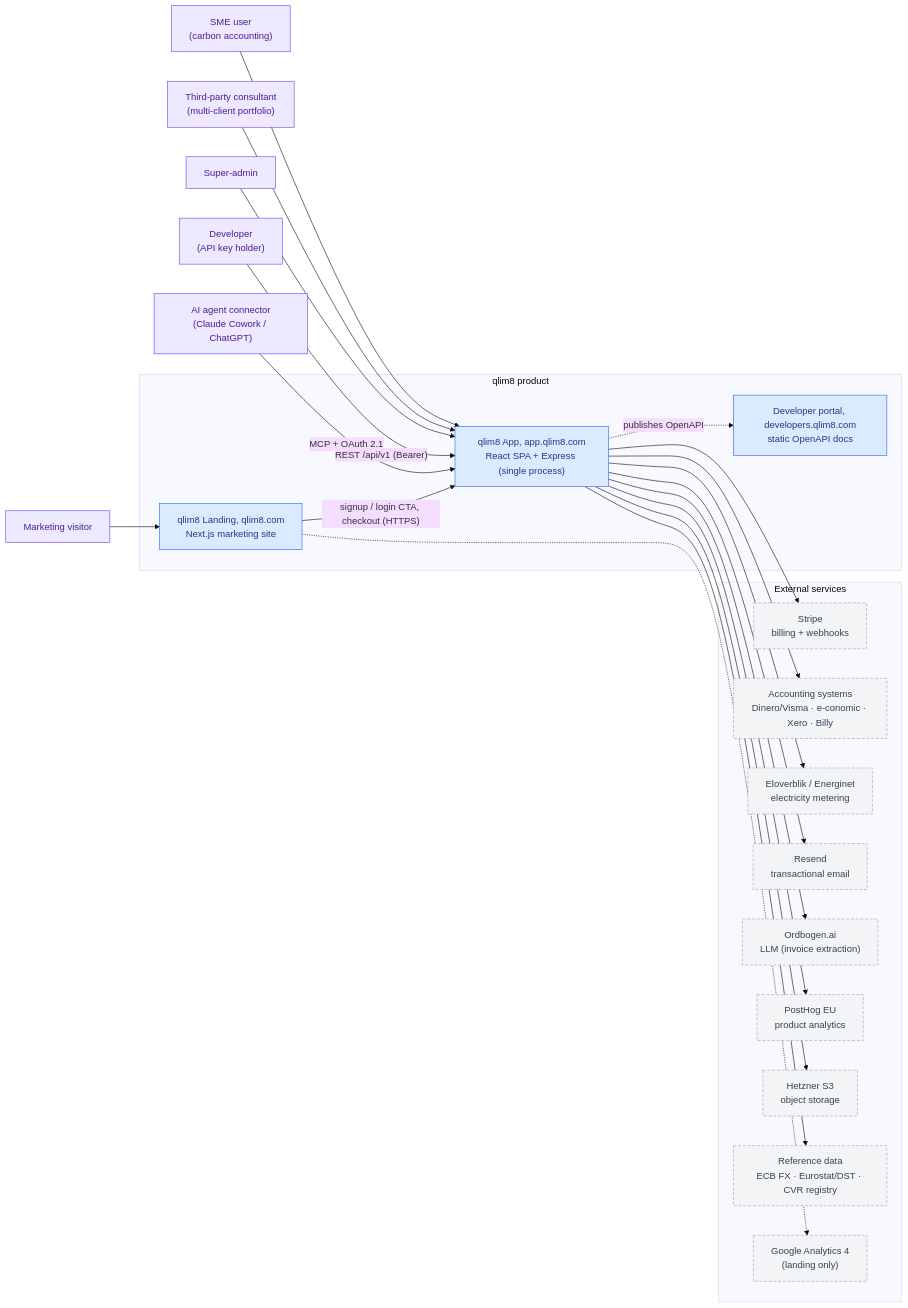
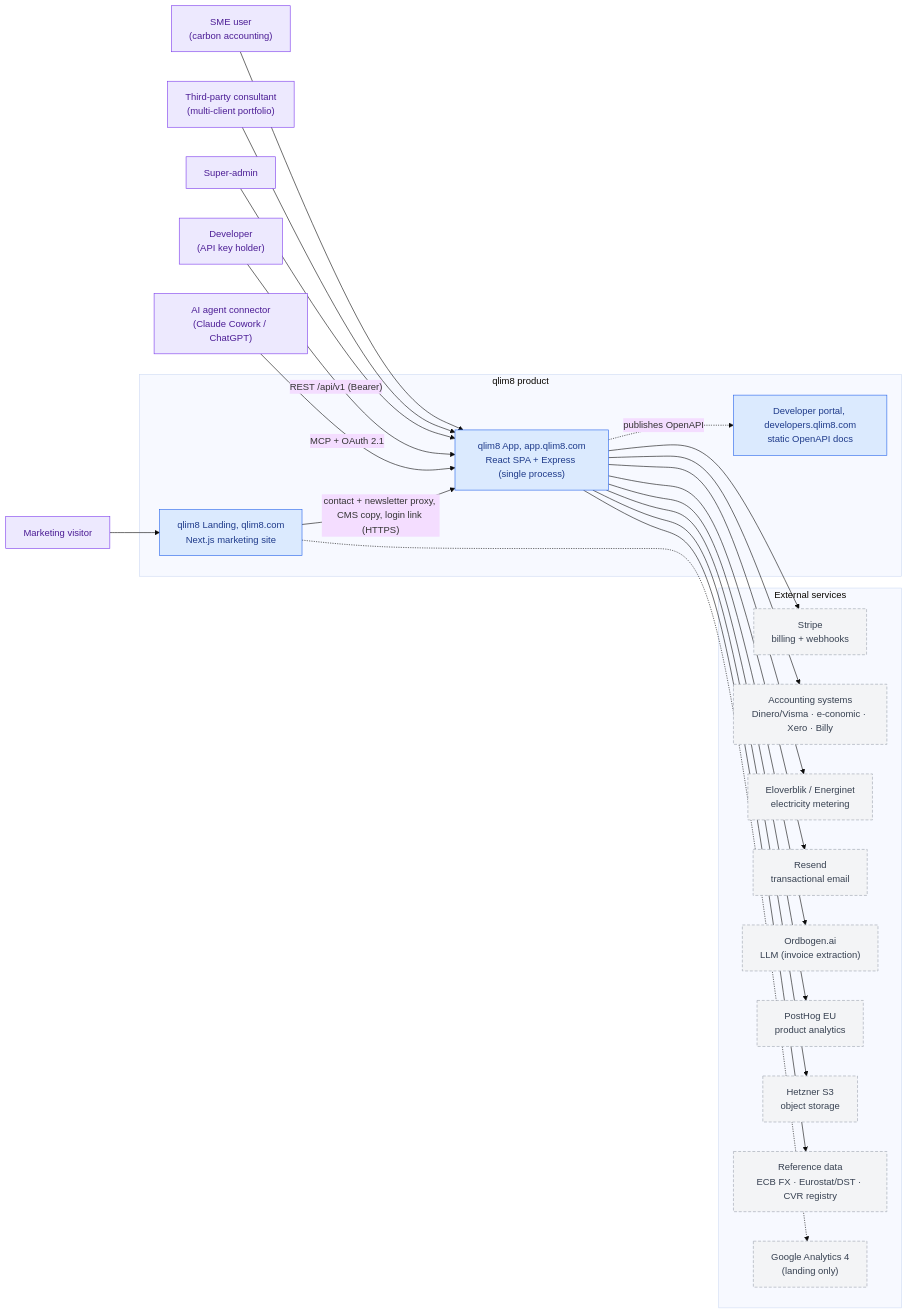
The first of 12 diagrams in docs/da/architecture/system-architecture.md (madsdlund-nielsen/qlim8-landing), drawn with Mermaid (base theme) before and after one commit. The commit also changed other lines of this file and 66 other files, not shown here.

First line of the commit message:
Sell qlim8 after a demo: no signup, no checkout, no package prices

````diff
--- a/docs/da/architecture/system-architecture.md
+++ b/docs/da/architecture/system-architecture.md
@@ -60,54 +61,54 @@
 ```mermaid
 flowchart LR
   user["SME user<br/>(carbon accounting)"]
   consult["Third-party consultant<br/>(multi-client portfolio)"]
   admin["Super-admin"]
   dev["Developer<br/>(API key holder)"]
   agent["AI agent connector<br/>(Claude Cowork / ChatGPT)"]
   visitor["Marketing visitor"]
 
   subgraph qlim8["qlim8 product"]
     app["qlim8 App, app.qlim8.com<br/>React SPA + Express (single process)"]
     landing["qlim8 Landing, qlim8.com<br/>Next.js marketing site"]
     devportal["Developer portal, developers.qlim8.com<br/>static OpenAPI docs"]
   end
 
   subgraph ext["External services"]
     stripe["Stripe<br/>billing + webhooks"]
     acct["Accounting systems<br/>Dinero/Visma · e-conomic · Xero · Billy"]
     elo["Eloverblik / Energinet<br/>electricity metering"]
     resend["Resend<br/>transactional email"]
     ord["Ordbogen.ai<br/>LLM (invoice extraction)"]
     posthog["PostHog EU<br/>product analytics"]
     s3["Hetzner S3<br/>object storage"]
     refdata["Reference data<br/>ECB FX · Eurostat/DST · CVR registry"]
     ga["Google Analytics 4<br/>(landing only)"]
   end
 
   visitor --> landing
   user --> app
   consult --> app
   admin --> app
   dev -->|"REST /api/v1 (Bearer)"| app
   agent -->|"MCP + OAuth 2.1"| app
 
-  landing -->|"signup / login CTA, checkout (HTTPS)"| app
+  landing -->|"contact + newsletter proxy, CMS copy, login link (HTTPS)"| app
   landing -.-> ga
 
   app --> stripe
   app --> acct
   app --> elo
   app --> resend
   app --> ord
   app --> posthog
   app --> s3
   app --> refdata
   app -. publishes OpenAPI .-> devportal
 
   classDef persona fill:#ede9fe,stroke:#7c3aed,color:#4c1d95;
   classDef internal fill:#dbeafe,stroke:#2563eb,color:#1e3a8a;
   classDef external fill:#f3f4f6,stroke:#9ca3af,color:#374151,stroke-dasharray:5 3;
   class user,consult,admin,dev,agent,visitor persona;
   class app,landing,devportal internal;
   class stripe,acct,elo,resend,ord,posthog,s3,refdata,ga external;
 ```
````
